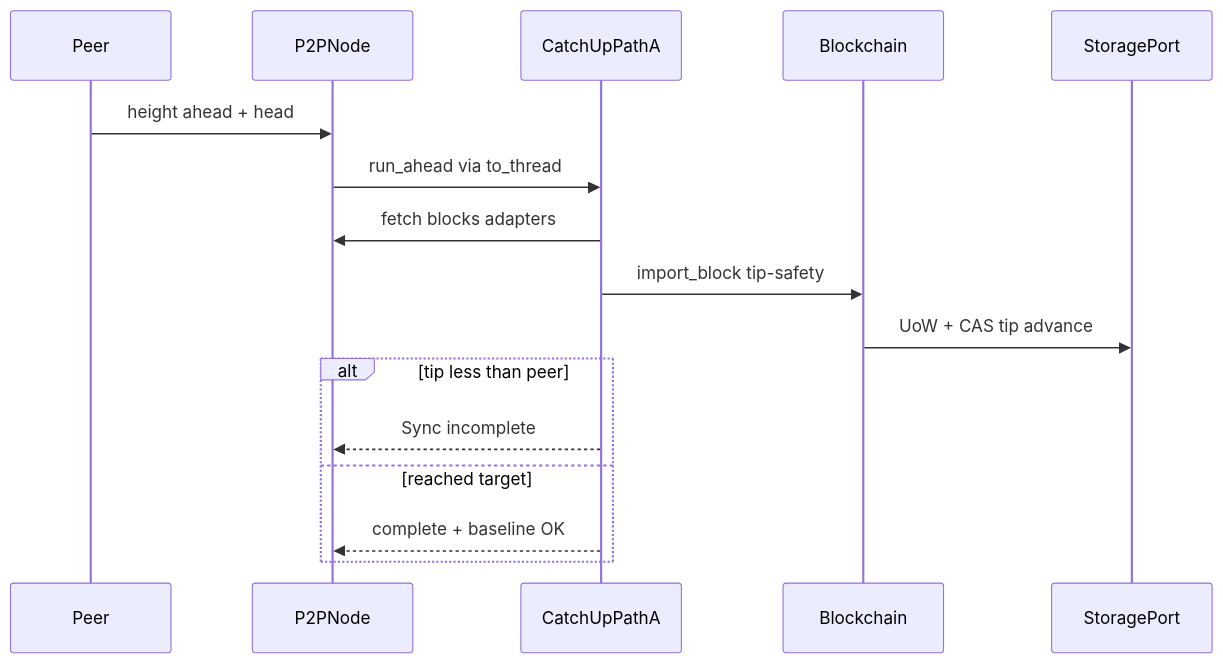
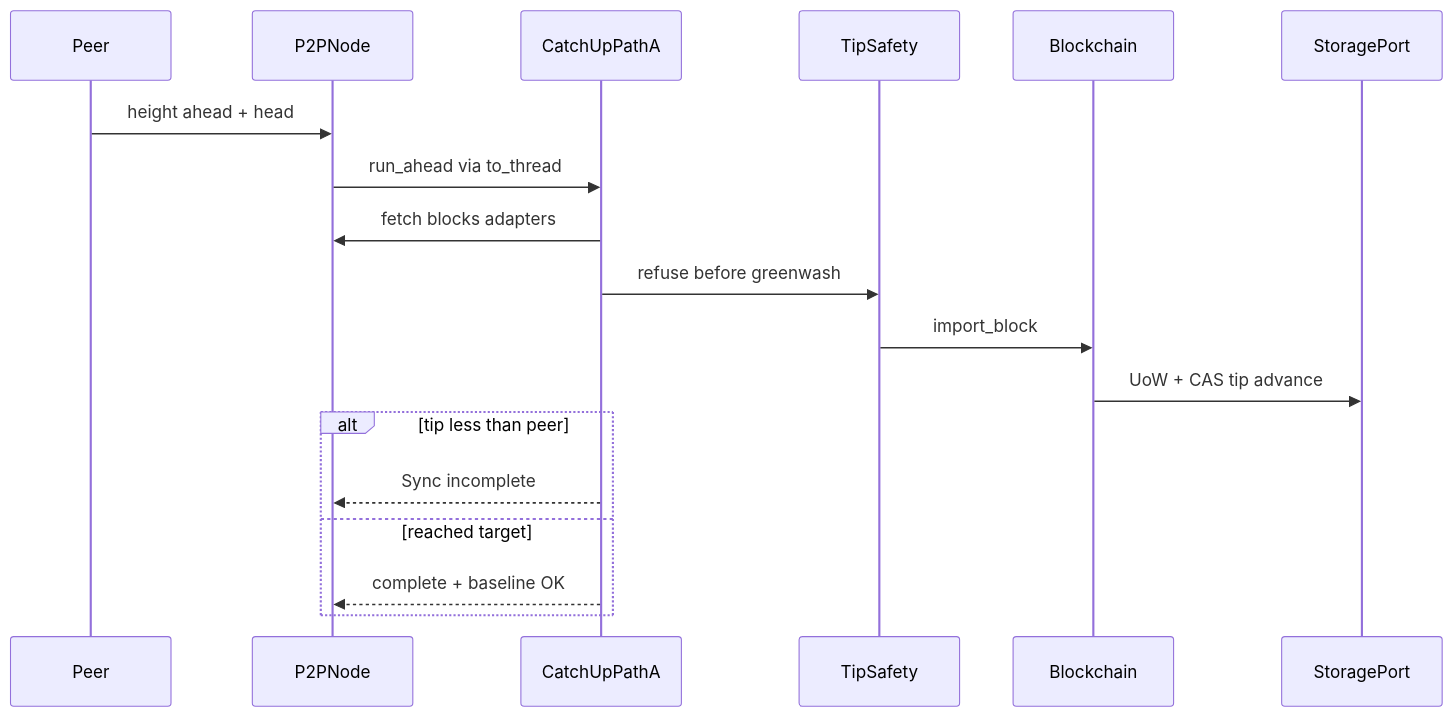
One commit to Gruver87/Absolute_Blockchain_Ultimate_Hybrid changed the third of 5 diagrams in docs/ARCHITECTURE.md. Above: the diagram before and after it, drawn with Mermaid. The commit also changed other lines of this file and 73 other files, not shown here.

First line of the commit message:
fix(mesh): shared genesis artifact, tip h=0, soft-refuse; honest docs

````diff
--- a/docs/ARCHITECTURE.md
+++ b/docs/ARCHITECTURE.md
@@ -208,19 +220,21 @@
 ```mermaid
 sequenceDiagram
   participant Peer
   participant P2P as P2PNode
   participant PathA as CatchUpPathA
+  participant Tip as TipSafety
   participant BC as Blockchain
   participant Store as StoragePort
 
   Peer->>P2P: height ahead + head
   P2P->>PathA: run_ahead via to_thread
   PathA->>P2P: fetch blocks adapters
-  PathA->>BC: import_block tip-safety
+  PathA->>Tip: refuse before greenwash
+  Tip->>BC: import_block
   BC->>Store: UoW + CAS tip advance
   alt tip less than peer
     PathA-->>P2P: Sync incomplete
   else reached target
     PathA-->>P2P: complete + baseline OK
   end
 ```
````
